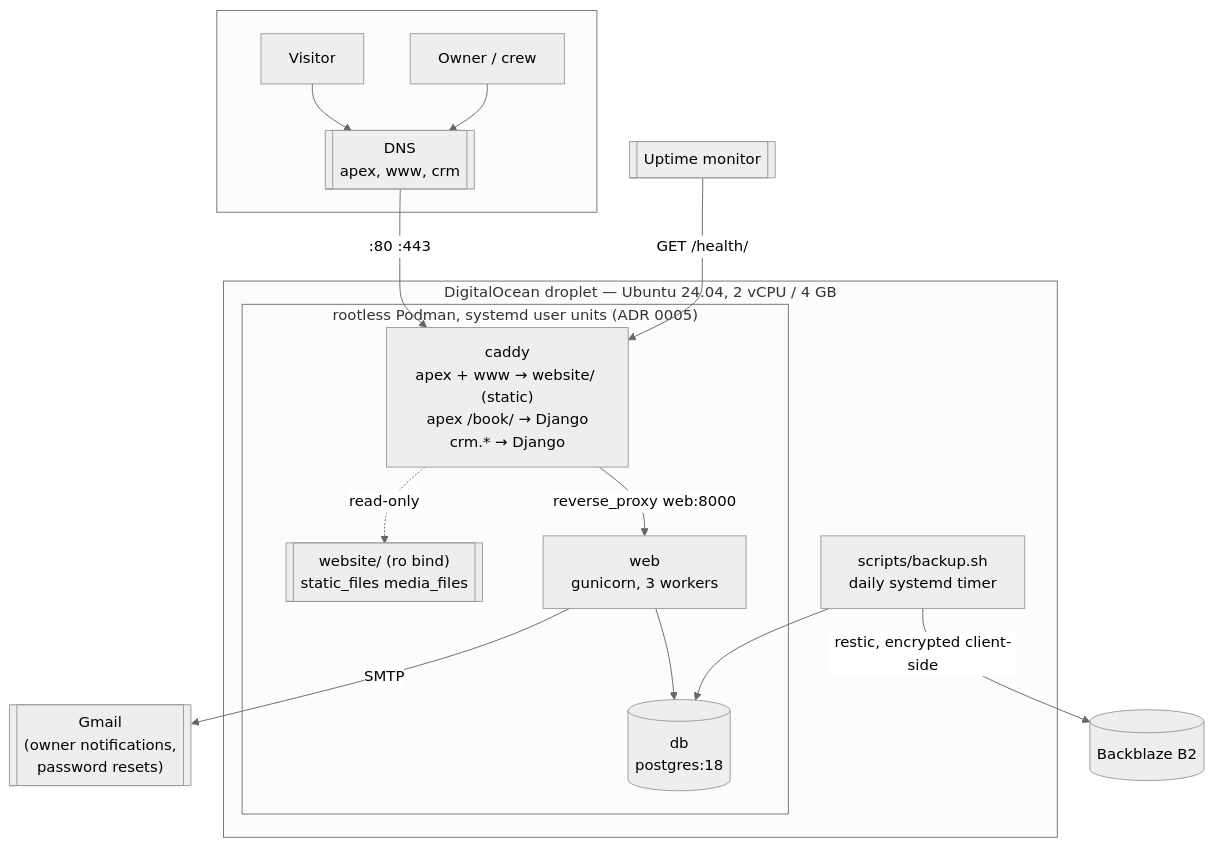
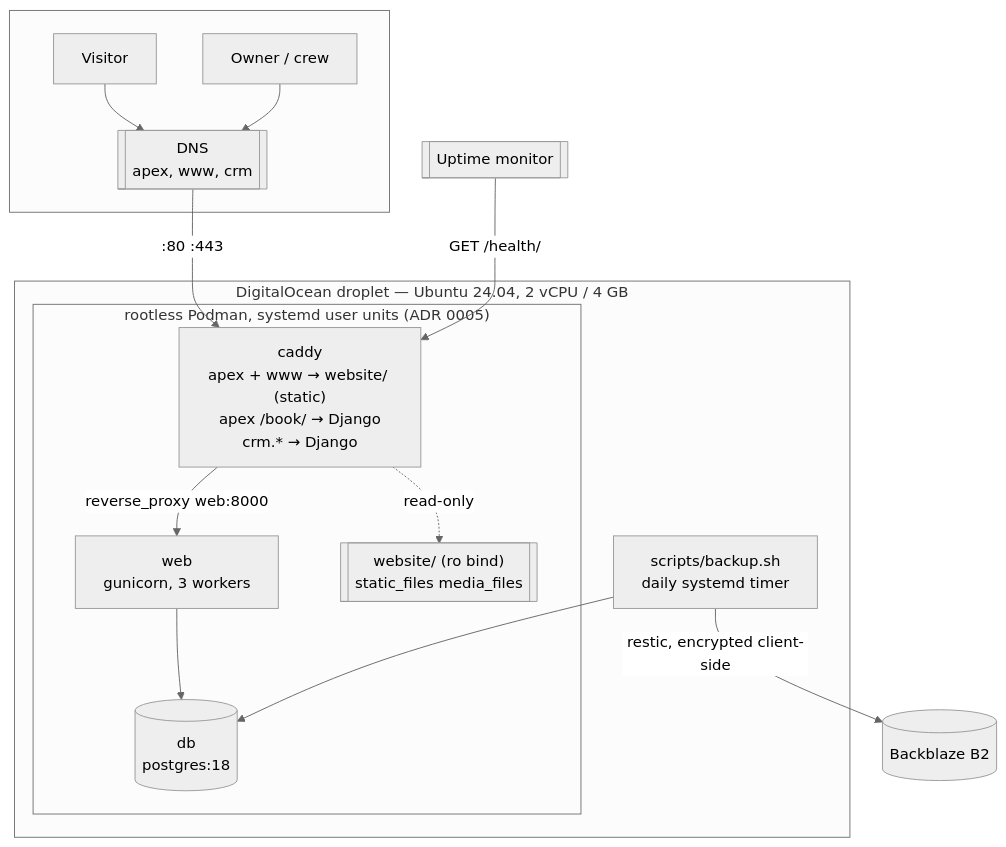
One commit to JosephHeffron/django-crm changed the diagram in docs/VPS_DEPLOYMENT_PLAN.md. Above: the diagram before and after it, drawn with Mermaid (neutral theme). The commit also changed other lines of this file and 4 other files, not shown here.

````diff
--- a/docs/VPS_DEPLOYMENT_PLAN.md
+++ b/docs/VPS_DEPLOYMENT_PLAN.md
@@ -95,23 +96,22 @@
 ```mermaid
 graph TB
     subgraph internet[" "]
         V[Visitor] --> DNS
         O[Owner / crew] --> DNS
     end
     DNS[["DNS<br/>apex, www, crm"]]
     DNS -->|":80 :443"| C
 
     subgraph droplet["DigitalOcean droplet — Ubuntu 24.04, 2 vCPU / 4 GB"]
         subgraph pod["rootless Podman, systemd user units (ADR 0005)"]
             C["caddy<br/>apex + www → website/ (static)<br/>apex /book/ → Django<br/>crm.* → Django"]
             C -->|"reverse_proxy web:8000"| W["web<br/>gunicorn, 3 workers"]
             W --> D[("db<br/>postgres:18")]
             C -.->|"read-only"| S[["website/ (ro bind)<br/>static_files media_files"]]
         end
         B["scripts/backup.sh<br/>daily systemd timer"] --> D
     end
 
     B -->|"restic, encrypted client-side"| B2[("Backblaze B2")]
-    W -->|"SMTP"| G[["Gmail<br/>(owner notifications,<br/>password resets)"]]
     M[["Uptime monitor"]] -->|"GET /health/"| C
 ```
````
